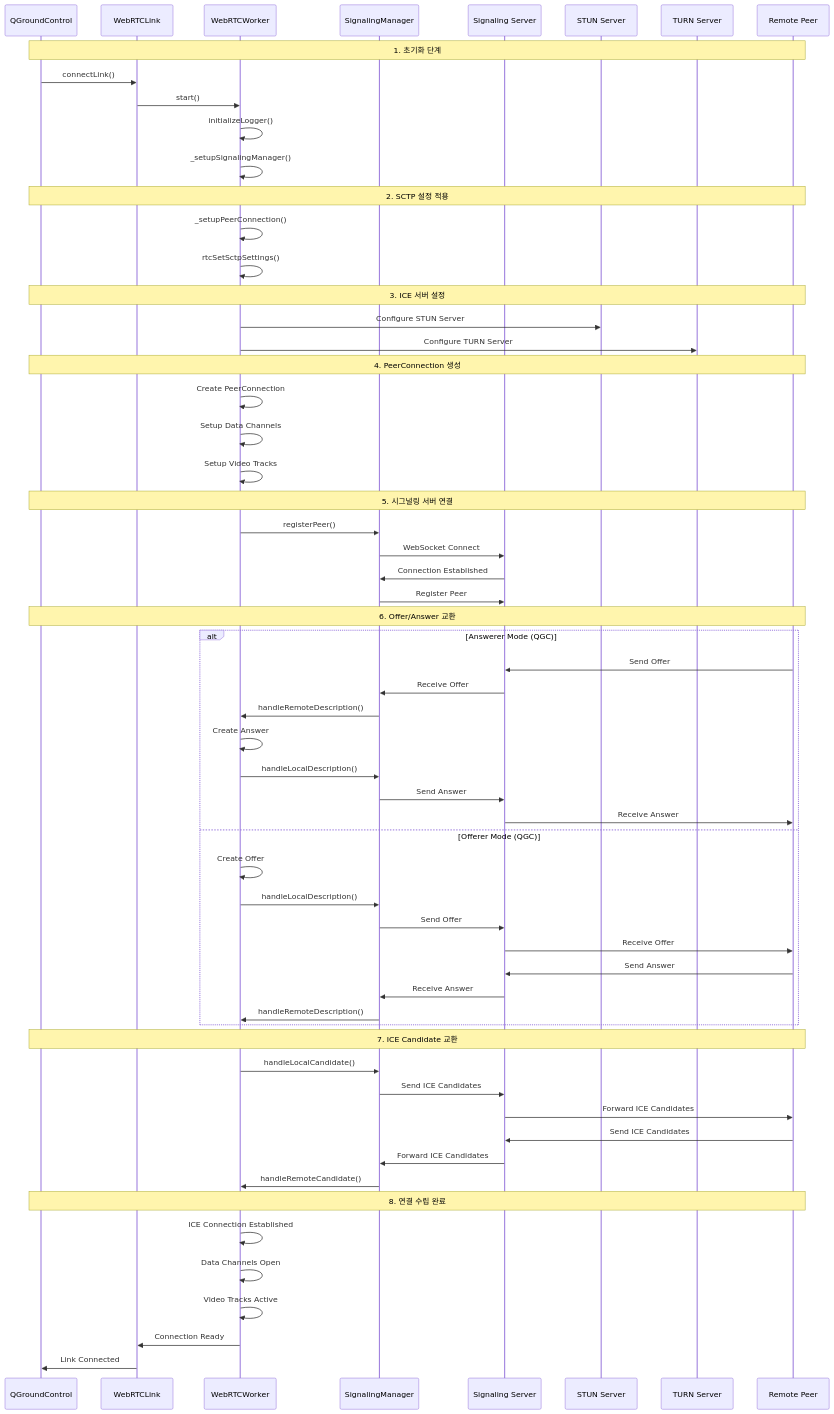
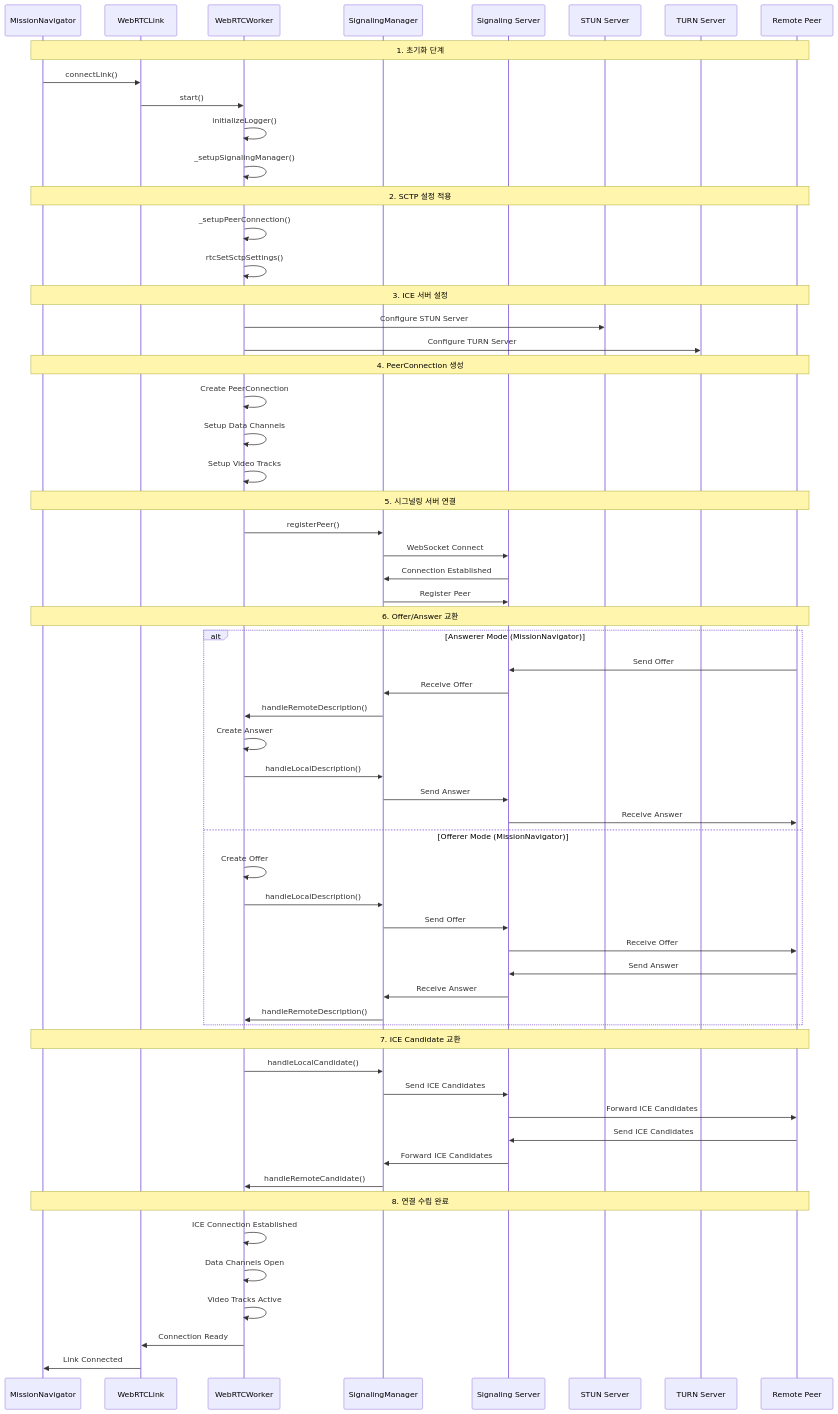
One commit to hsgang/qgroundcontrol changed the third of 8 diagrams in WebRTC_Module_Logic_Diagram.md. Above: the diagram before and after it, drawn with Mermaid. The commit also changed other lines of this file and 2 other files, not shown here.

Commit message:
update md

````diff
--- a/WebRTC_Module_Logic_Diagram.md
+++ b/WebRTC_Module_Logic_Diagram.md
@@ -155,70 +155,70 @@
 ```mermaid
 sequenceDiagram
-    participant QGC as QGroundControl
+    participant MissionNavigator as MissionNavigator
     participant WebRTCLink as WebRTCLink
     participant WebRTCWorker as WebRTCWorker
     participant SignalingManager as SignalingManager
     participant SignalingServer as Signaling Server
     participant STUN as STUN Server
     participant TURN as TURN Server
     participant RemotePeer as Remote Peer
     
-    Note over QGC,RemotePeer: 1. 초기화 단계
-    QGC->>WebRTCLink: connectLink()
+    Note over MissionNavigator,RemotePeer: 1. 초기화 단계
+    MissionNavigator->>WebRTCLink: connectLink()
     WebRTCLink->>WebRTCWorker: start()
     WebRTCWorker->>WebRTCWorker: initializeLogger()
     WebRTCWorker->>WebRTCWorker: _setupSignalingManager()
     
-    Note over QGC,RemotePeer: 2. SCTP 설정 적용
+    Note over MissionNavigator,RemotePeer: 2. SCTP 설정 적용
     WebRTCWorker->>WebRTCWorker: _setupPeerConnection()
     WebRTCWorker->>WebRTCWorker: rtcSetSctpSettings()
     
-    Note over QGC,RemotePeer: 3. ICE 서버 설정
+    Note over MissionNavigator,RemotePeer: 3. ICE 서버 설정
     WebRTCWorker->>STUN: Configure STUN Server
     WebRTCWorker->>TURN: Configure TURN Server
     
-    Note over QGC,RemotePeer: 4. PeerConnection 생성
+    Note over MissionNavigator,RemotePeer: 4. PeerConnection 생성
     WebRTCWorker->>WebRTCWorker: Create PeerConnection
     WebRTCWorker->>WebRTCWorker: Setup Data Channels
     WebRTCWorker->>WebRTCWorker: Setup Video Tracks
     
-    Note over QGC,RemotePeer: 5. 시그널링 서버 연결
+    Note over MissionNavigator,RemotePeer: 5. 시그널링 서버 연결
     WebRTCWorker->>SignalingManager: registerPeer()
     SignalingManager->>SignalingServer: WebSocket Connect
     SignalingServer->>SignalingManager: Connection Established
     SignalingManager->>SignalingServer: Register Peer
     
-    Note over QGC,RemotePeer: 6. Offer/Answer 교환
-    alt Answerer Mode (QGC)
+    Note over MissionNavigator,RemotePeer: 6. Offer/Answer 교환
+    alt Answerer Mode (MissionNavigator)
         RemotePeer->>SignalingServer: Send Offer
         SignalingServer->>SignalingManager: Receive Offer
         SignalingManager->>WebRTCWorker: handleRemoteDescription()
         WebRTCWorker->>WebRTCWorker: Create Answer
         WebRTCWorker->>SignalingManager: handleLocalDescription()
         SignalingManager->>SignalingServer: Send Answer
         SignalingServer->>RemotePeer: Receive Answer
-    else Offerer Mode (QGC)
+    else Offerer Mode (MissionNavigator)
         WebRTCWorker->>WebRTCWorker: Create Offer
         WebRTCWorker->>SignalingManager: handleLocalDescription()
         SignalingManager->>SignalingServer: Send Offer
         SignalingServer->>RemotePeer: Receive Offer
         RemotePeer->>SignalingServer: Send Answer
         SignalingServer->>SignalingManager: Receive Answer
         SignalingManager->>WebRTCWorker: handleRemoteDescription()
     end
     
-    Note over QGC,RemotePeer: 7. ICE Candidate 교환
+    Note over MissionNavigator,RemotePeer: 7. ICE Candidate 교환
     WebRTCWorker->>SignalingManager: handleLocalCandidate()
     SignalingManager->>SignalingServer: Send ICE Candidates
     SignalingServer->>RemotePeer: Forward ICE Candidates
     RemotePeer->>SignalingServer: Send ICE Candidates
     SignalingServer->>SignalingManager: Forward ICE Candidates
     SignalingManager->>WebRTCWorker: handleRemoteCandidate()
     
-    Note over QGC,RemotePeer: 8. 연결 수립 완료
+    Note over MissionNavigator,RemotePeer: 8. 연결 수립 완료
     WebRTCWorker->>WebRTCWorker: ICE Connection Established
     WebRTCWorker->>WebRTCWorker: Data Channels Open
     WebRTCWorker->>WebRTCWorker: Video Tracks Active
     WebRTCWorker->>WebRTCLink: Connection Ready
-    WebRTCLink->>QGC: Link Connected
+    WebRTCLink->>MissionNavigator: Link Connected
 ```
````
